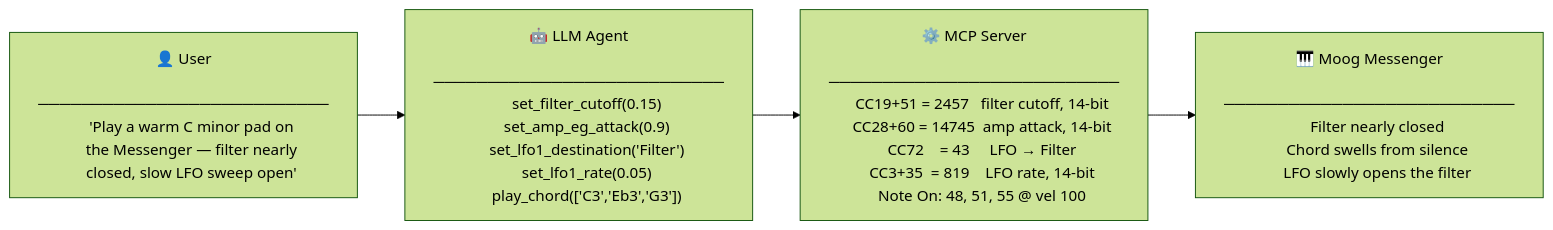
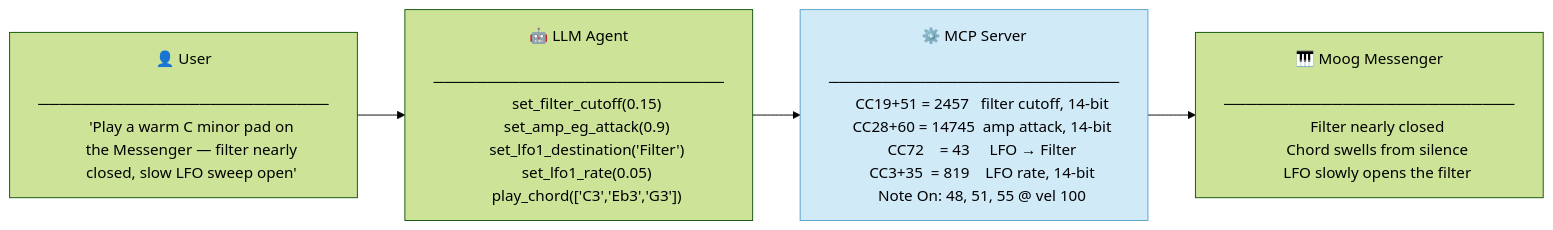
The diagram in README.md (pelley/moog-mcp), drawn with Mermaid (forest theme) before and after one commit.

Commit message:
Style MCP Server node with light blue background in diagram

````diff
--- a/README.md
+++ b/README.md
@@ -34,32 +34,34 @@
 ```mermaid
 flowchart LR
     U["👤 User
     ───────────────────────────
     'Play a warm C minor pad on
     the Messenger — filter nearly
     closed, slow LFO sweep open'"]
 
     L["🤖 LLM Agent
     ───────────────────────────
     set_filter_cutoff(0.15)
     set_amp_eg_attack(0.9)
     set_lfo1_destination('Filter')
     set_lfo1_rate(0.05)
     play_chord(['C3','Eb3','G3'])"]
 
     M["⚙️ MCP Server
     ───────────────────────────
     CC19+51 = 2457   filter cutoff, 14-bit
     CC28+60 = 14745  amp attack, 14-bit
     CC72    = 43     LFO → Filter
     CC3+35  = 819    LFO rate, 14-bit
     Note On: 48, 51, 55 @ vel 100"]
 
     S["🎹 Moog Messenger
     ───────────────────────────
     Filter nearly closed
     Chord swells from silence
     LFO slowly opens the filter"]
 
     U --> L --> M --> S
+
+    style M fill:#d0eaf8,stroke:#5ba3c9,color:#000
 ```
````
